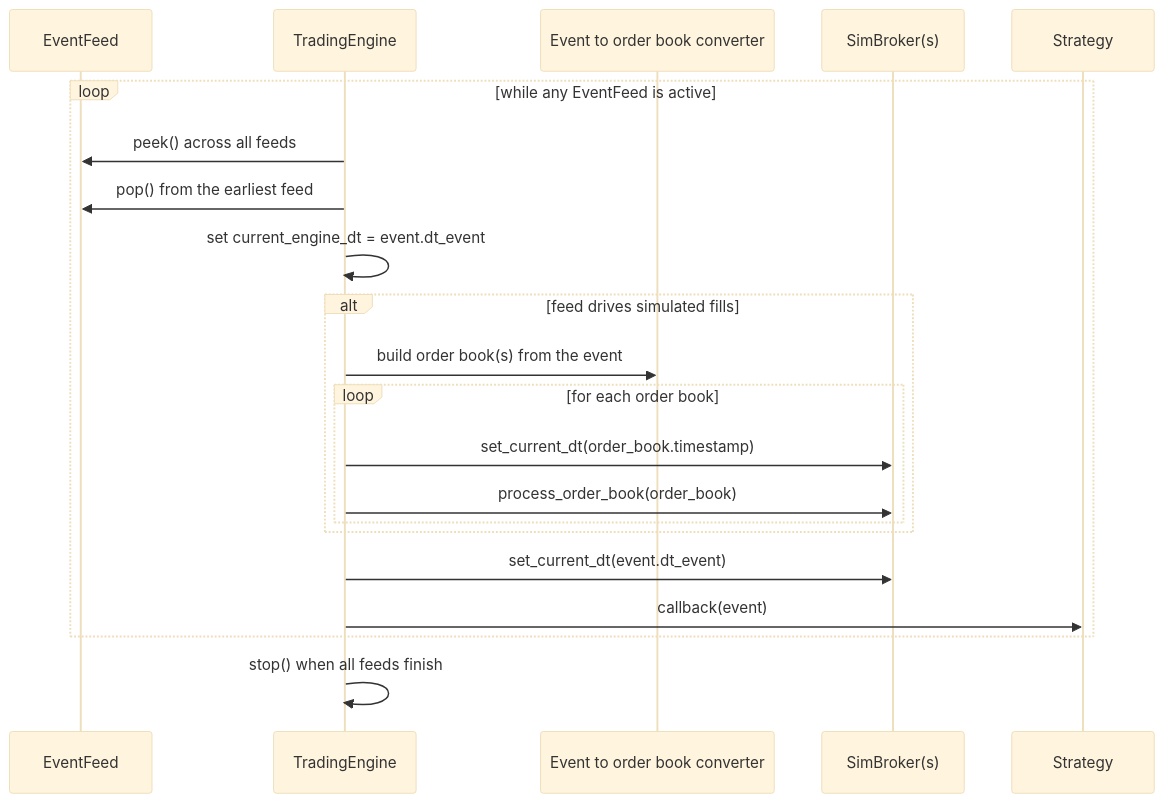
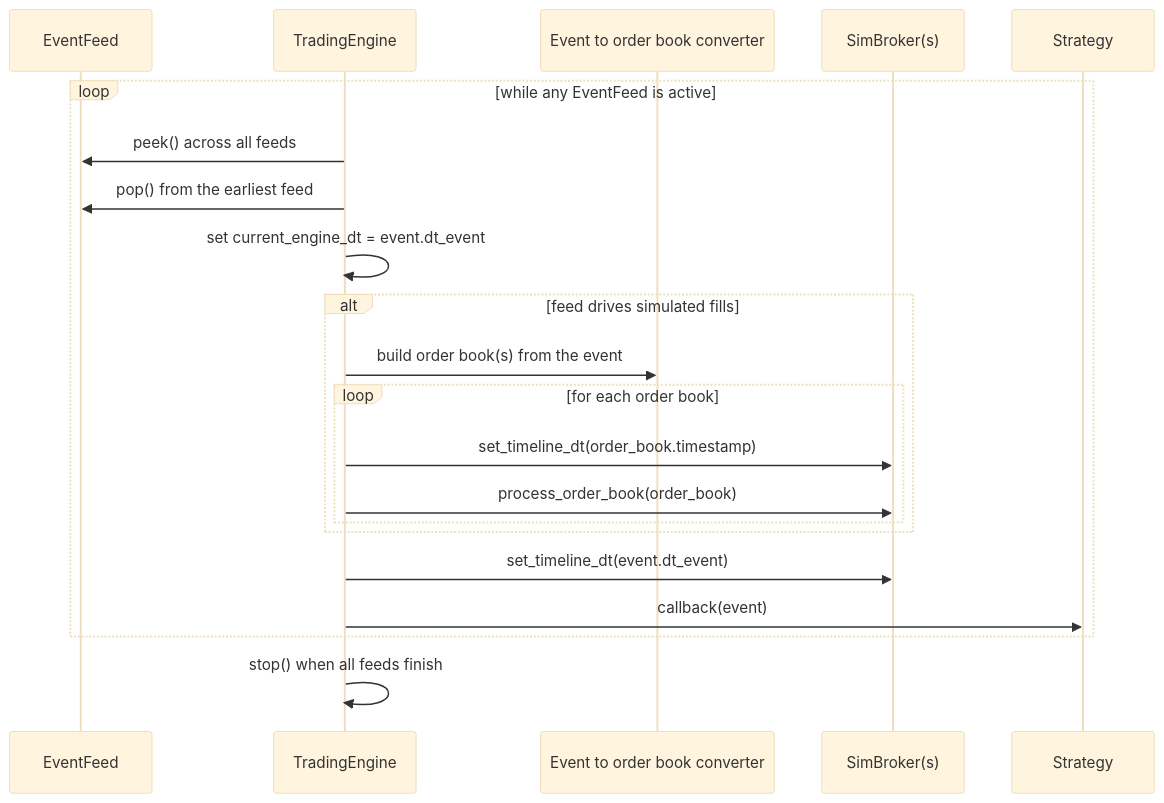
Before and after one commit to stefansimik/suite_trading: the second of 4 diagrams in README.md, drawn with Mermaid (base theme). The commit also changed 4 other files, not shown here.

Commit message:
Rename `_current_dt` to `_timeline_dt` in SimBroker and protocol

````diff
--- a/README.md
+++ b/README.md
@@ -318,27 +318,27 @@
 ```mermaid
 sequenceDiagram
     participant EF as EventFeed
     participant TE as TradingEngine
     participant C as Event to order book converter
     participant SB as SimBroker(s)
     participant S as Strategy
 
     loop while any EventFeed is active
         TE->>EF: peek() across all feeds
         TE->>EF: pop() from the earliest feed
         TE->>TE: set current_engine_dt = event.dt_event
 
         alt feed drives simulated fills
             TE->>C: build order book(s) from the event
             loop for each order book
-                TE->>SB: set_current_dt(order_book.timestamp)
+                TE->>SB: set_timeline_dt(order_book.timestamp)
                 TE->>SB: process_order_book(order_book)
             end
         end
 
-        TE->>SB: set_current_dt(event.dt_event)
+        TE->>SB: set_timeline_dt(event.dt_event)
         TE->>S: callback(event)
     end
 
     TE->>TE: stop() when all feeds finish
 ```
````
